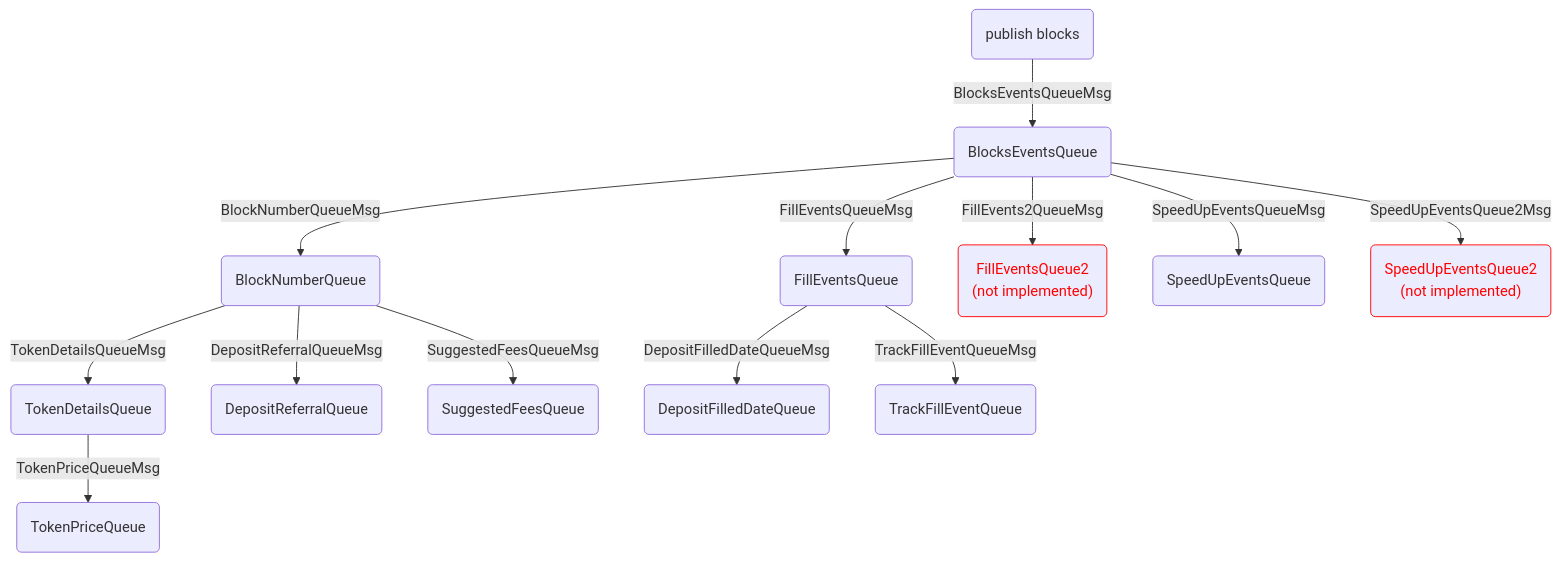
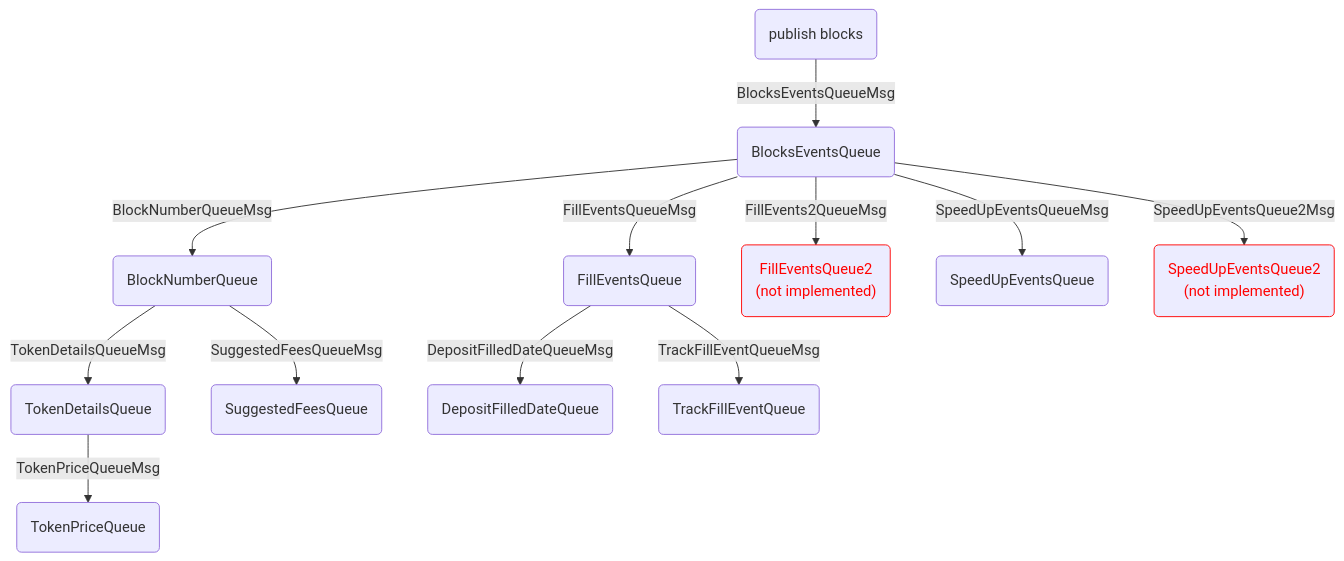
The diagram in README.md (across-protocol/scraper-api), drawn with Mermaid before and after one commit. The commit also changed other lines of this file and 10 other files, not shown here.

Commit message:
fix: remove referral queue

````diff
--- a/README.md
+++ b/README.md
@@ -93,21 +93,20 @@
 ```mermaid
 flowchart TD
     A(publish blocks) -->|BlocksEventsQueueMsg| B(BlocksEventsQueue)
 
     B -->|BlockNumberQueueMsg| C(BlockNumberQueue)
     B -->|FillEventsQueueMsg| D(FillEventsQueue)
     B -->|FillEvents2QueueMsg| E("FillEventsQueue2 \n (not implemented)")
     style E stroke:red,color:red
     B -->|SpeedUpEventsQueueMsg| F(SpeedUpEventsQueue)
     B -->|SpeedUpEventsQueue2Msg| G("SpeedUpEventsQueue2 \n (not implemented)")
     style G stroke:red,color:red
 
     C -->|TokenDetailsQueueMsg| H(TokenDetailsQueue)
-    C -->|DepositReferralQueueMsg| I(DepositReferralQueue)
     C -->|SuggestedFeesQueueMsg| J(SuggestedFeesQueue)
     
     D --> |DepositFilledDateQueueMsg| K(DepositFilledDateQueue)
     D --> |TrackFillEventQueueMsg| L(TrackFillEventQueue)
 
     H --> |TokenPriceQueueMsg| M(TokenPriceQueue)
   ```
````
